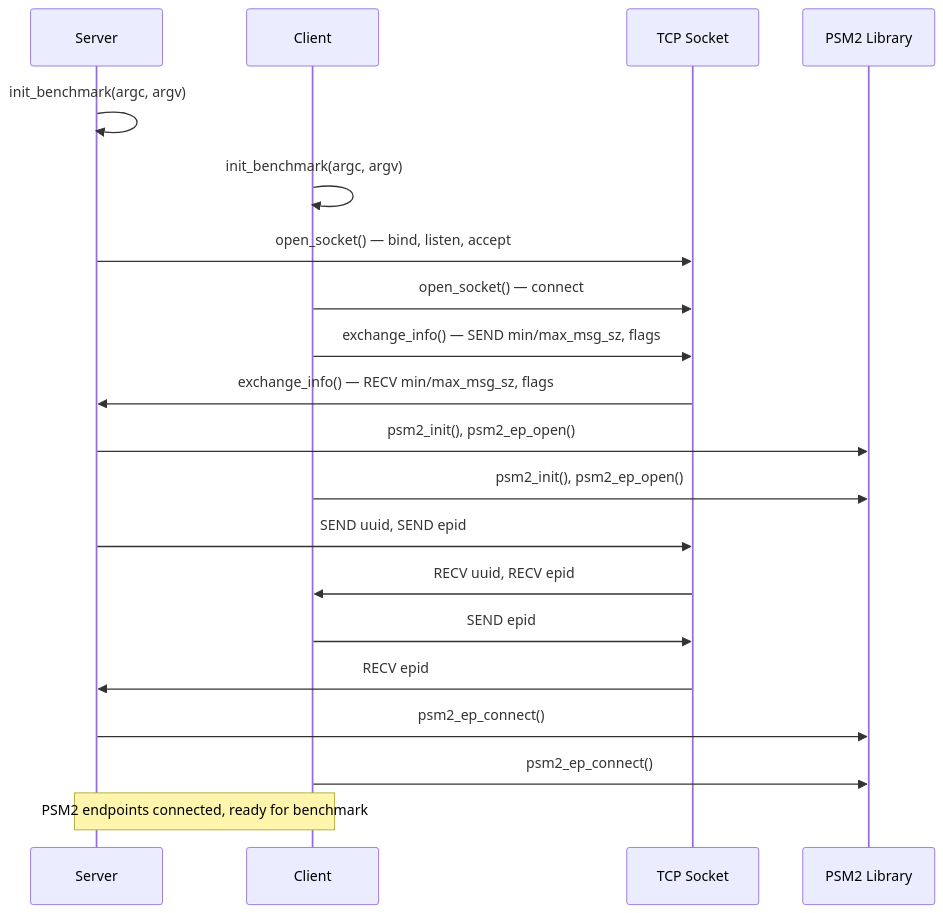
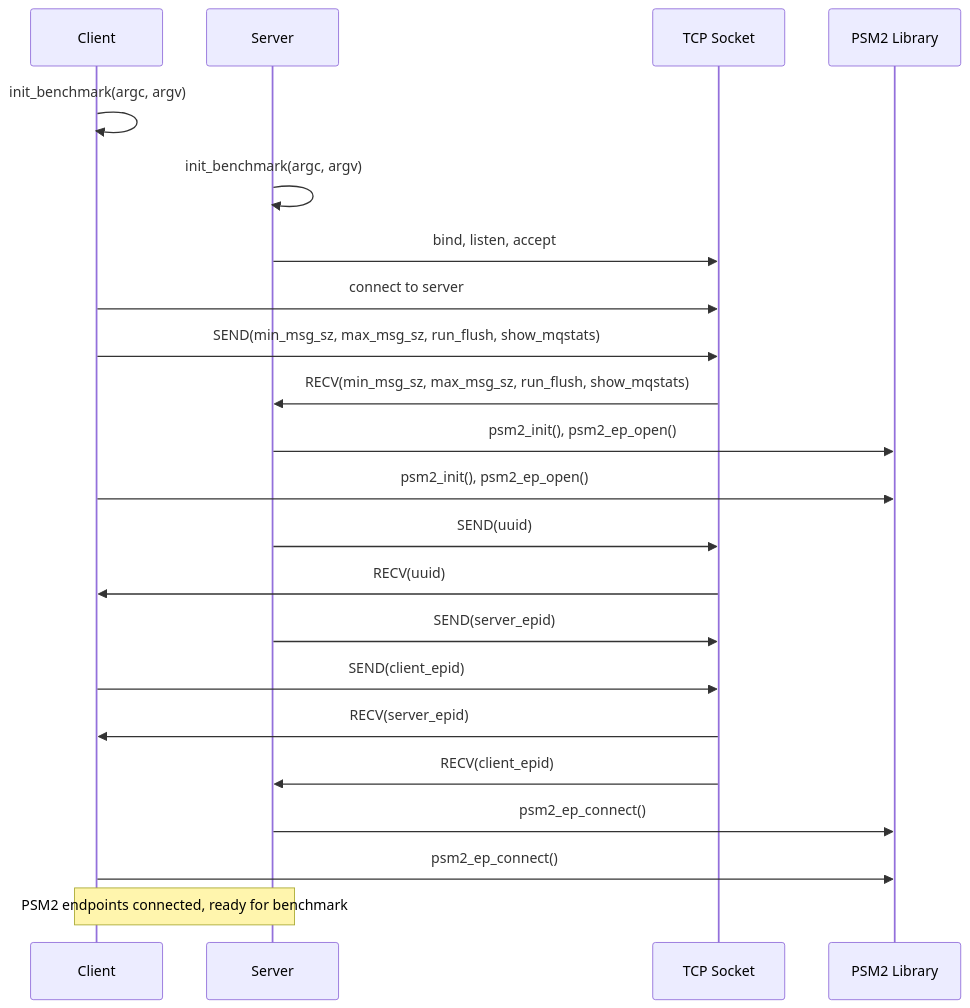
Before and after one commit to cornelisnetworks/opa-psm2-tests: the second of 4 diagrams in docs/opa-psm2-tests.md, drawn with Mermaid. The commit also changed other lines of this file, not shown here.

````diff
--- a/docs/opa-psm2-tests.md
+++ b/docs/opa-psm2-tests.md
@@ -52,29 +50,25 @@
 ```mermaid
 sequenceDiagram
+    participant Client
     participant Server
-    participant Client
     participant TCP as TCP Socket
     participant PSM2 as PSM2 Library
 
+    Client->>Client: init_benchmark(argc, argv)
     Server->>Server: init_benchmark(argc, argv)
-    Client->>Client: init_benchmark(argc, argv)
-
-    Server->>TCP: open_socket() — bind, listen, accept
-    Client->>TCP: open_socket() — connect
-
-    Client->>TCP: exchange_info() — SEND min/max_msg_sz, flags
-    TCP->>Server: exchange_info() — RECV min/max_msg_sz, flags
-
+    Server->>TCP: bind, listen, accept
+    Client->>TCP: connect to server
+    Client->>TCP: SEND(min_msg_sz, max_msg_sz, run_flush, show_mqstats)
+    TCP->>Server: RECV(min_msg_sz, max_msg_sz, run_flush, show_mqstats)
     Server->>PSM2: psm2_init(), psm2_ep_open()
     Client->>PSM2: psm2_init(), psm2_ep_open()
-
-    Server->>TCP: SEND uuid, SEND epid
-    TCP->>Client: RECV uuid, RECV epid
-    Client->>TCP: SEND epid
-    TCP->>Server: RECV epid
-
+    Server->>TCP: SEND(uuid)
+    TCP->>Client: RECV(uuid)
+    Server->>TCP: SEND(server_epid)
+    Client->>TCP: SEND(client_epid)
+    TCP->>Client: RECV(server_epid)
+    TCP->>Server: RECV(client_epid)
     Server->>PSM2: psm2_ep_connect()
     Client->>PSM2: psm2_ep_connect()
-
     Note over Server,Client: PSM2 endpoints connected, ready for benchmark
 ```
````
